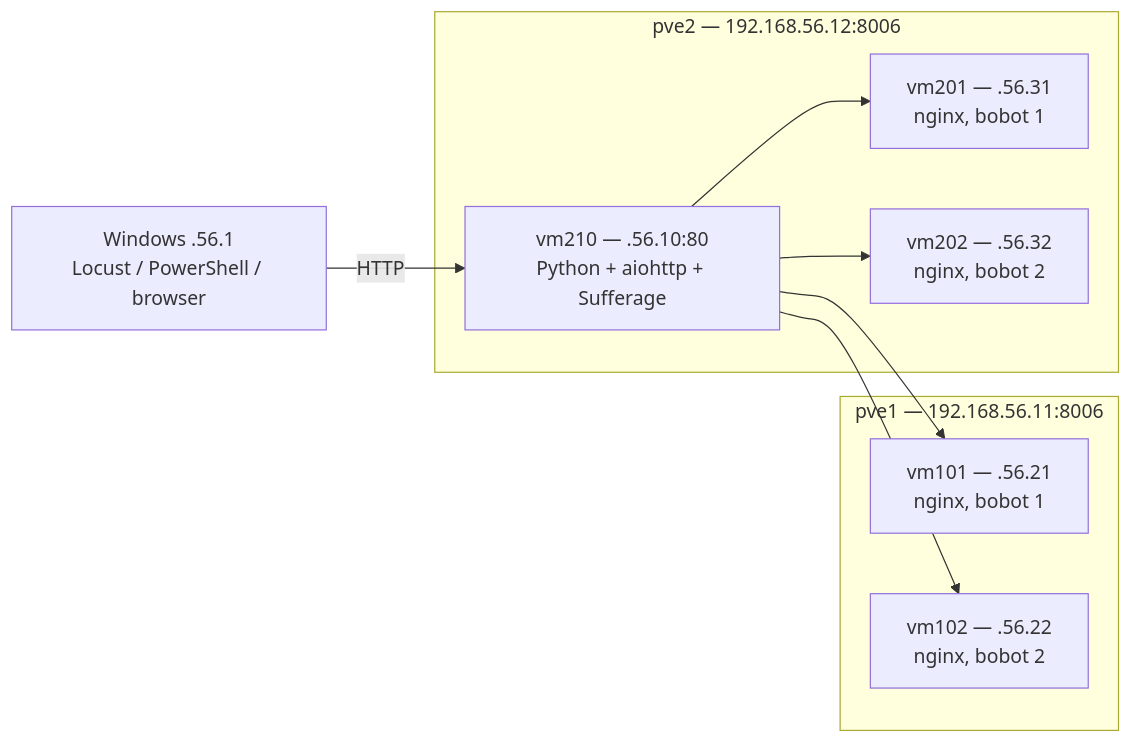
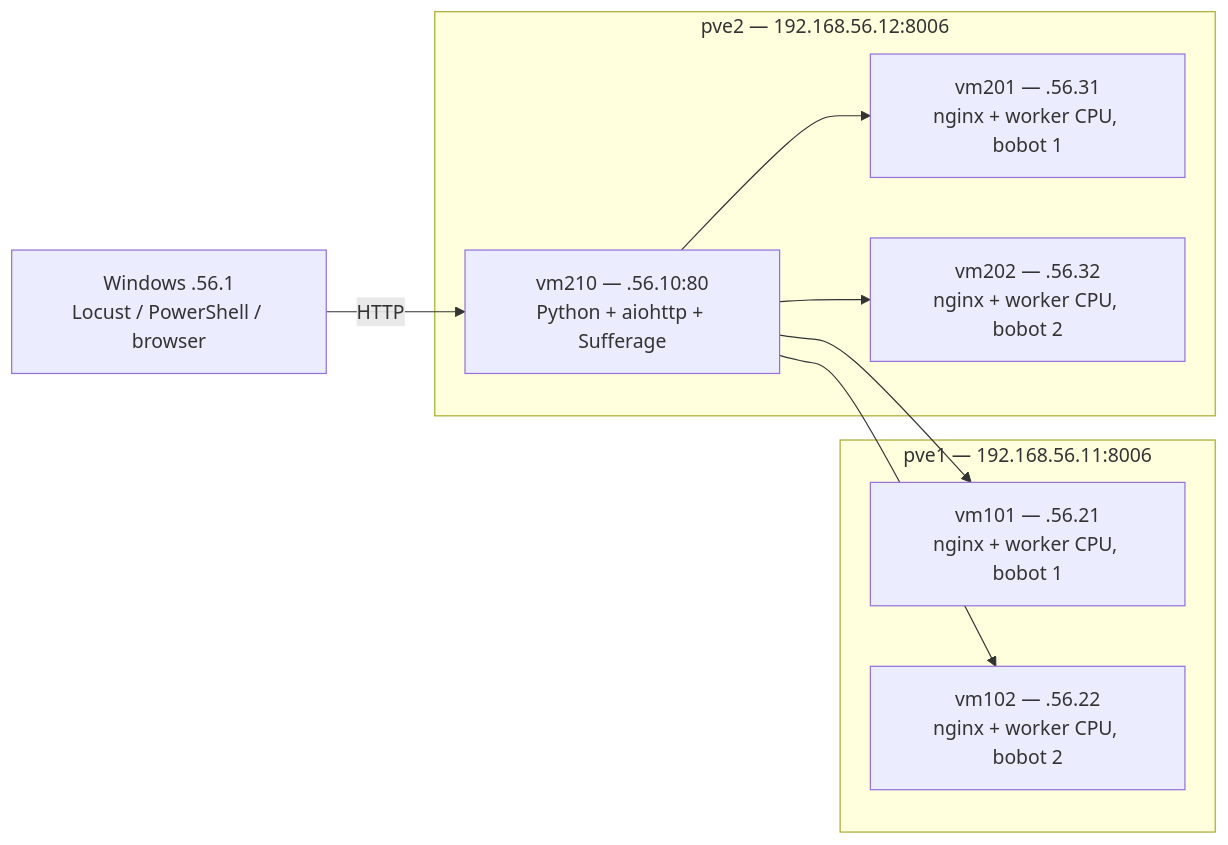
Before and after one commit to cr766hi/sufferage-task-scheduler: the diagram in README.md, drawn with Mermaid. The commit also changed other lines of this file and 21 other files, not shown here.

Commit message:
Add real mixed CPU tasks with per-task Sufferage estimates, worker services and evaluation tables

````diff
--- a/README.md
+++ b/README.md
@@ -16,18 +16,18 @@
 ```mermaid
 flowchart LR
   W["Windows .56.1\nLocust / PowerShell / browser"]
   subgraph P1["pve1 — 192.168.56.11:8006"]
-    A["vm101 — .56.21\nnginx, bobot 1"]
-    B["vm102 — .56.22\nnginx, bobot 2"]
+    A["vm101 — .56.21\nnginx + worker CPU, bobot 1"]
+    B["vm102 — .56.22\nnginx + worker CPU, bobot 2"]
   end
   subgraph P2["pve2 — 192.168.56.12:8006"]
     L["vm210 — .56.10:80\nPython + aiohttp + Sufferage"]
-    C["vm201 — .56.31\nnginx, bobot 1"]
-    D["vm202 — .56.32\nnginx, bobot 2"]
+    C["vm201 — .56.31\nnginx + worker CPU, bobot 1"]
+    D["vm202 — .56.32\nnginx + worker CPU, bobot 2"]
   end
   W -->|HTTP| L
   L --> A
   L --> B
   L --> C
   L --> D
 ```
````
